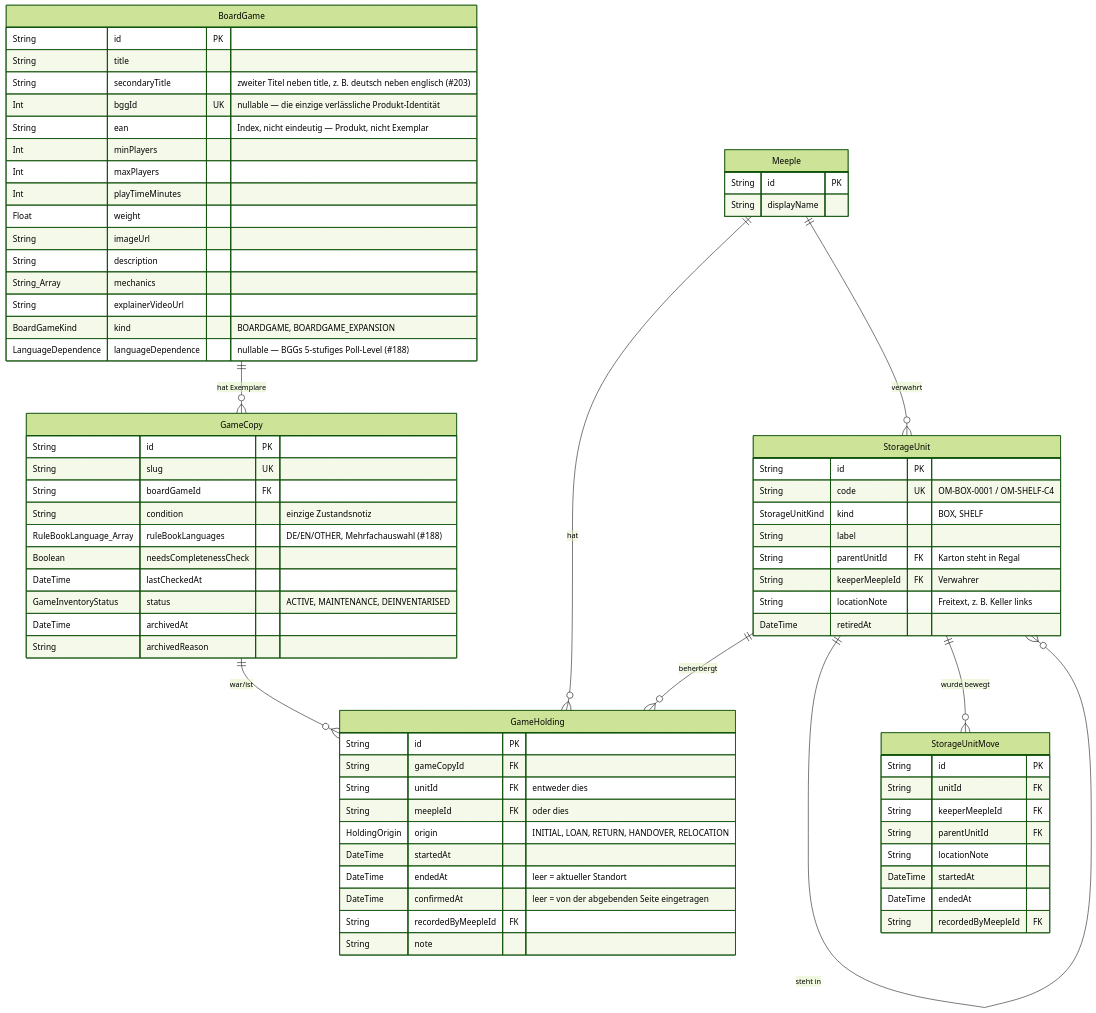
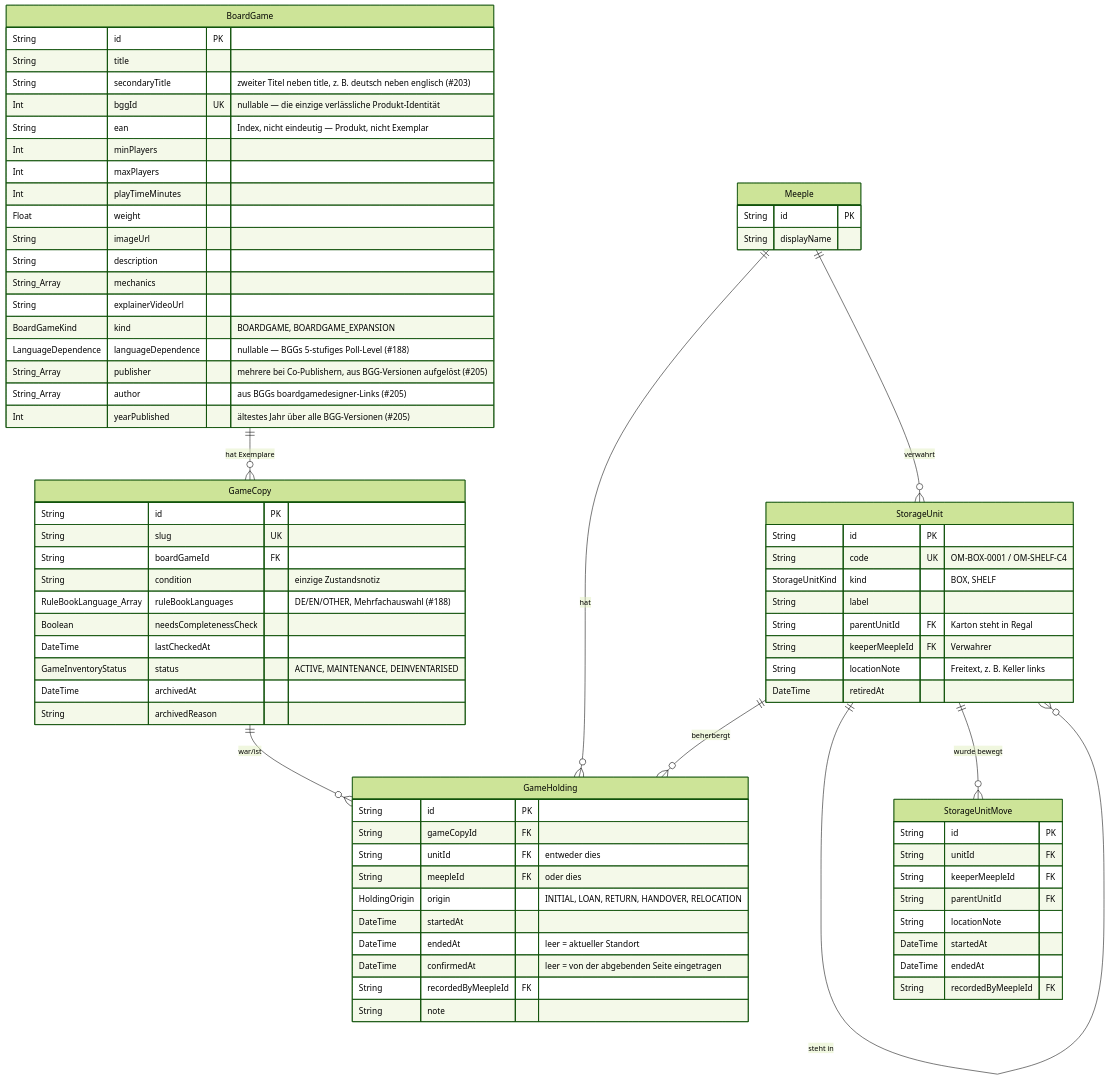
One commit to oecher-meeples/portal changed the fourth of 5 diagrams in docs/schema.md. Above: the diagram before and after it, drawn with Mermaid (forest theme). The commit also changed other lines of this file and 11 other files, not shown here.

First line of the commit message:
feat(ludothek): search and filter by publisher, author and publication year

```diff
--- a/docs/schema.md
+++ b/docs/schema.md
@@ -236,6 +242,9 @@
         String explainerVideoUrl
         BoardGameKind kind "BOARDGAME, BOARDGAME_EXPANSION"
         LanguageDependence languageDependence "nullable — BGGs 5-stufiges Poll-Level (#188)"
+        String_Array publisher "mehrere bei Co-Publishern, aus BGG-Versionen aufgelöst (#205)"
+        String_Array author "aus BGGs boardgamedesigner-Links (#205)"
+        Int yearPublished "ältestes Jahr über alle BGG-Versionen (#205)"
     }
 
     GameCopy {
```
